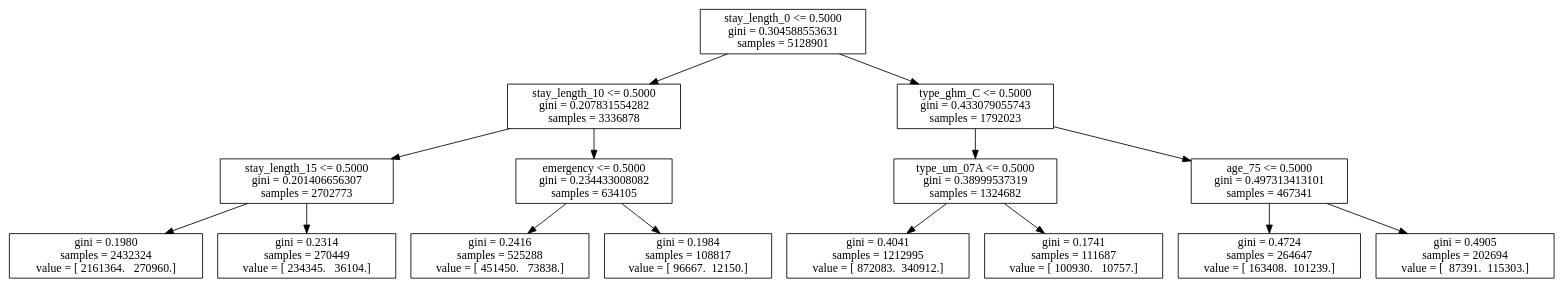
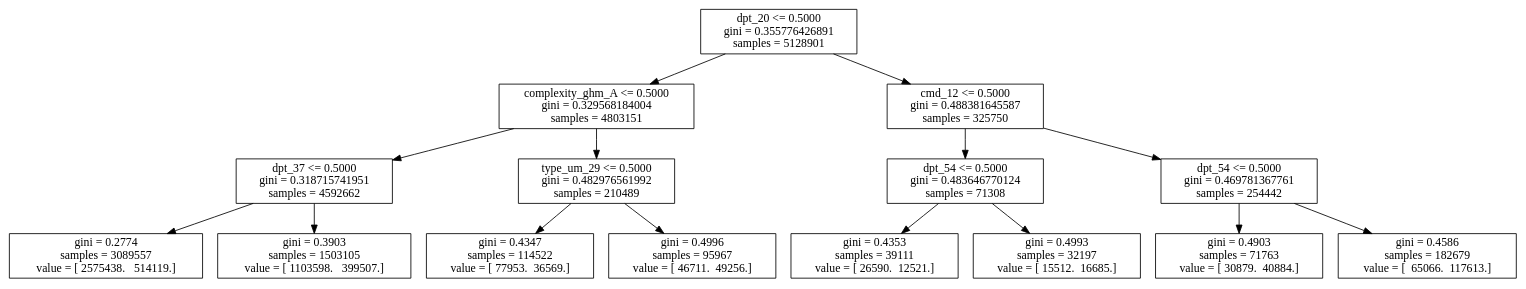
The diagram in projet_ds/results/dtc.dot (Banaei/ces-ds), drawn with Graphviz before and after one commit. The commit also changed 10 other files, not shown here.

```diff
--- a/projet_ds/results/dtc.dot
+++ b/projet_ds/results/dtc.dot
@@ -1,31 +1,31 @@
 digraph Tree {
-0 [label="stay_length_0 <= 0.5000\ngini = 0.304588553631\nsamples = 5128901", shape="box"] ;
-1 [label="stay_length_10 <= 0.5000\ngini = 0.207831554282\nsamples = 3336878", shape="box"] ;
+0 [label="dpt_20 <= 0.5000\ngini = 0.355776426891\nsamples = 5128901", shape="box"] ;
+1 [label="complexity_ghm_A <= 0.5000\ngini = 0.329568184004\nsamples = 4803151", shape="box"] ;
 0 -> 1 ;
-2 [label="stay_length_15 <= 0.5000\ngini = 0.201406656307\nsamples = 2702773", shape="box"] ;
+2 [label="dpt_37 <= 0.5000\ngini = 0.318715741951\nsamples = 4592662", shape="box"] ;
 1 -> 2 ;
-3 [label="gini = 0.1980\nsamples = 2432324\nvalue = [ 2161364.   270960.]", shape="box"] ;
+3 [label="gini = 0.2774\nsamples = 3089557\nvalue = [ 2575438.   514119.]", shape="box"] ;
 2 -> 3 ;
-4 [label="gini = 0.2314\nsamples = 270449\nvalue = [ 234345.   36104.]", shape="box"] ;
+4 [label="gini = 0.3903\nsamples = 1503105\nvalue = [ 1103598.   399507.]", shape="box"] ;
 2 -> 4 ;
-5 [label="emergency <= 0.5000\ngini = 0.234433008082\nsamples = 634105", shape="box"] ;
+5 [label="type_um_29 <= 0.5000\ngini = 0.482976561992\nsamples = 210489", shape="box"] ;
 1 -> 5 ;
-6 [label="gini = 0.2416\nsamples = 525288\nvalue = [ 451450.   73838.]", shape="box"] ;
+6 [label="gini = 0.4347\nsamples = 114522\nvalue = [ 77953.  36569.]", shape="box"] ;
 5 -> 6 ;
-7 [label="gini = 0.1984\nsamples = 108817\nvalue = [ 96667.  12150.]", shape="box"] ;
+7 [label="gini = 0.4996\nsamples = 95967\nvalue = [ 46711.  49256.]", shape="box"] ;
 5 -> 7 ;
-8 [label="type_ghm_C <= 0.5000\ngini = 0.433079055743\nsamples = 1792023", shape="box"] ;
+8 [label="cmd_12 <= 0.5000\ngini = 0.488381645587\nsamples = 325750", shape="box"] ;
 0 -> 8 ;
-9 [label="type_um_07A <= 0.5000\ngini = 0.38999537319\nsamples = 1324682", shape="box"] ;
+9 [label="dpt_54 <= 0.5000\ngini = 0.483646770124\nsamples = 71308", shape="box"] ;
 8 -> 9 ;
-10 [label="gini = 0.4041\nsamples = 1212995\nvalue = [ 872083.  340912.]", shape="box"] ;
+10 [label="gini = 0.4353\nsamples = 39111\nvalue = [ 26590.  12521.]", shape="box"] ;
 9 -> 10 ;
-11 [label="gini = 0.1741\nsamples = 111687\nvalue = [ 100930.   10757.]", shape="box"] ;
+11 [label="gini = 0.4993\nsamples = 32197\nvalue = [ 15512.  16685.]", shape="box"] ;
 9 -> 11 ;
-12 [label="age_75 <= 0.5000\ngini = 0.497313413101\nsamples = 467341", shape="box"] ;
+12 [label="dpt_54 <= 0.5000\ngini = 0.469781367761\nsamples = 254442", shape="box"] ;
 8 -> 12 ;
-13 [label="gini = 0.4724\nsamples = 264647\nvalue = [ 163408.  101239.]", shape="box"] ;
+13 [label="gini = 0.4903\nsamples = 71763\nvalue = [ 30879.  40884.]", shape="box"] ;
 12 -> 13 ;
-14 [label="gini = 0.4905\nsamples = 202694\nvalue = [  87391.  115303.]", shape="box"] ;
+14 [label="gini = 0.4586\nsamples = 182679\nvalue = [  65066.  117613.]", shape="box"] ;
 12 -> 14 ;
 }
```
